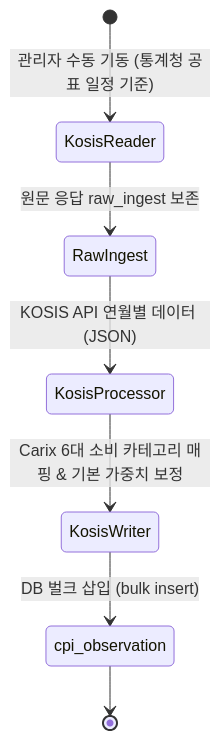
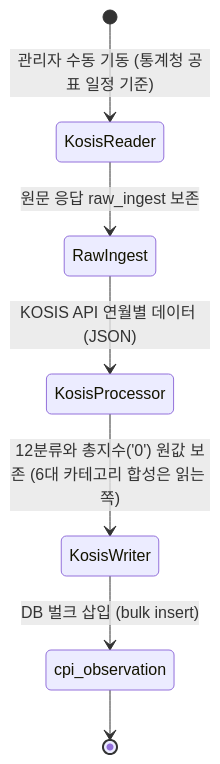
One commit to SeoHyeokGyu/Carix changed the second of 5 diagrams in docs/specs/data-architecture.md. Above: the diagram before and after it, drawn with Mermaid. The commit also changed other lines of this file and 5 other files, not shown here.

````diff
--- a/docs/specs/data-architecture.md
+++ b/docs/specs/data-architecture.md
@@ -354,9 +354,9 @@
 ```mermaid
 stateDiagram-v2
     [*] --> KosisReader : 관리자 수동 기동 (통계청 공표 일정 기준)
     KosisReader --> RawIngest : 원문 응답 raw_ingest 보존
     RawIngest --> KosisProcessor : KOSIS API 연월별 데이터 (JSON)
-    KosisProcessor --> KosisWriter : Carix 6대 소비 카테고리 매핑 & 기본 가중치 보정
+    KosisProcessor --> KosisWriter : 12분류와 총지수('0') 원값 보존 (6대 카테고리 합성은 읽는 쪽)
     KosisWriter --> cpi_observation : DB 벌크 삽입 (bulk insert)
     cpi_observation --> [*]
 ```
````
